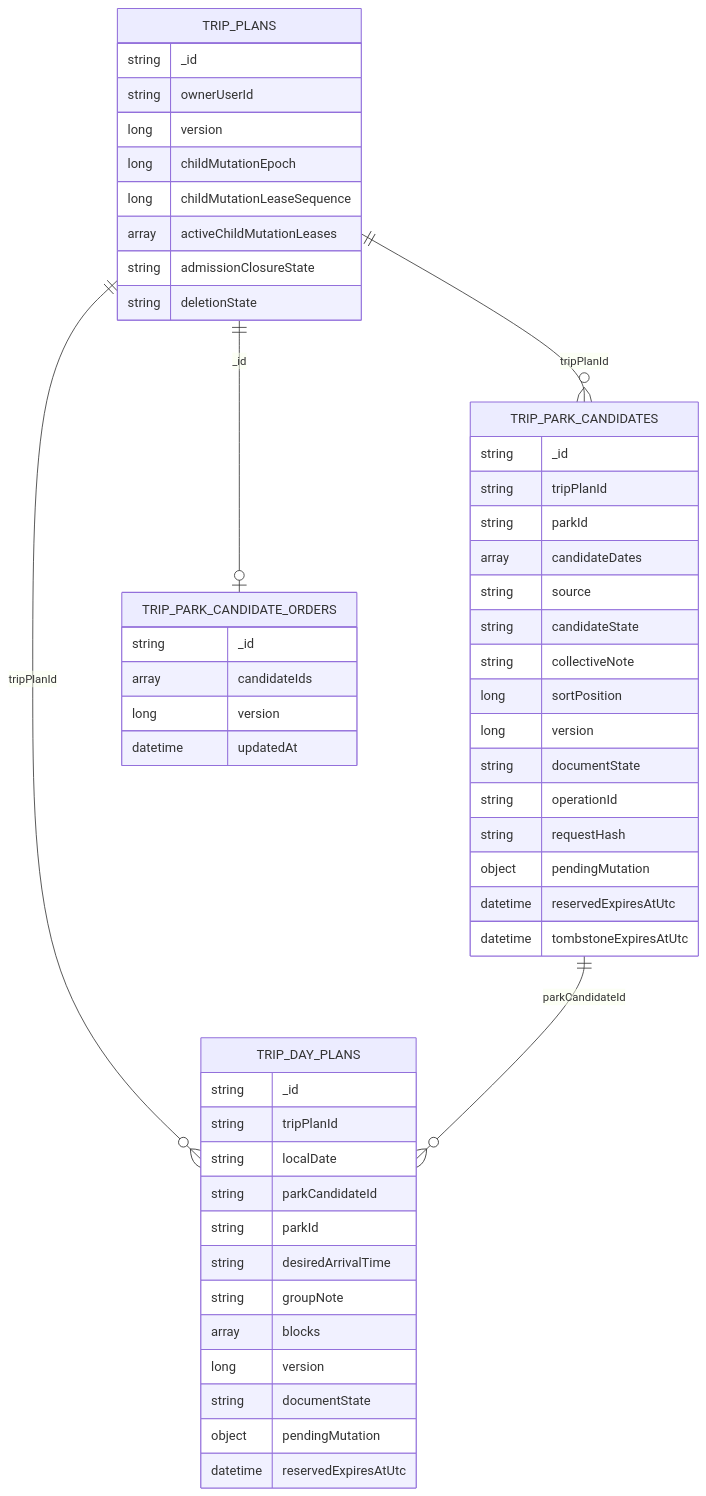
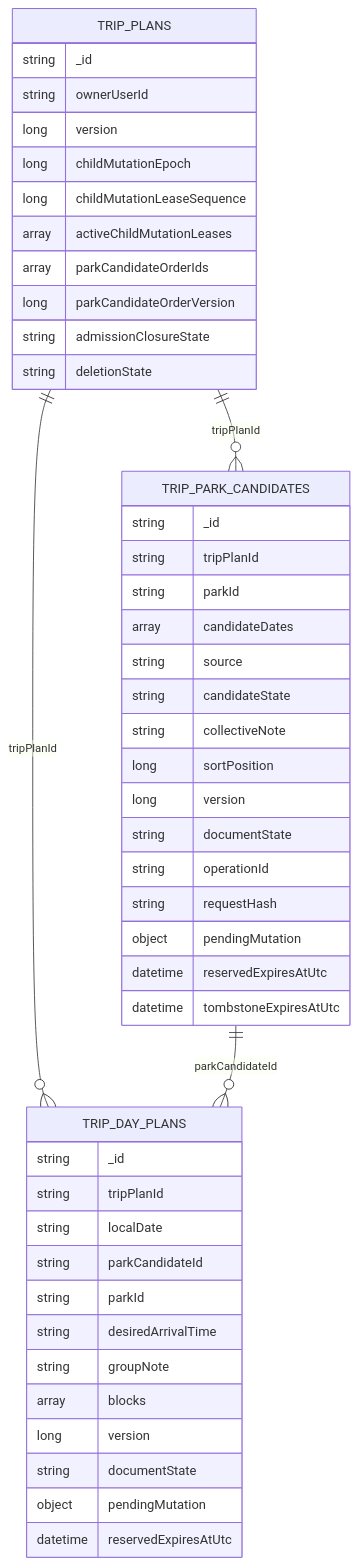
One commit to Ced59/AmusementParkProject changed the second of 4 diagrams in docs/architecture/product-growth-trip-03-candidates-days-2026-09-17.md. Above: the diagram before and after it, drawn with Mermaid. The commit also changed other lines of this file and 13 other files, not shown here.

````diff
--- a/docs/architecture/product-growth-trip-03-candidates-days-2026-09-17.md
+++ b/docs/architecture/product-growth-trip-03-candidates-days-2026-09-17.md
@@ -93,55 +93,50 @@
 ```mermaid
 erDiagram
     TRIP_PLANS ||--o{ TRIP_PARK_CANDIDATES : tripPlanId
-    TRIP_PLANS ||--o| TRIP_PARK_CANDIDATE_ORDERS : _id
     TRIP_PLANS ||--o{ TRIP_DAY_PLANS : tripPlanId
     TRIP_PARK_CANDIDATES ||--o{ TRIP_DAY_PLANS : parkCandidateId
 
     TRIP_PLANS {
       string _id
       string ownerUserId
       long version
       long childMutationEpoch
       long childMutationLeaseSequence
       array activeChildMutationLeases
+      array parkCandidateOrderIds
+      long parkCandidateOrderVersion
       string admissionClosureState
       string deletionState
     }
     TRIP_PARK_CANDIDATES {
       string _id
       string tripPlanId
       string parkId
       array candidateDates
       string source
       string candidateState
       string collectiveNote
       long sortPosition
       long version
       string documentState
       string operationId
       string requestHash
       object pendingMutation
       datetime reservedExpiresAtUtc
       datetime tombstoneExpiresAtUtc
     }
-    TRIP_PARK_CANDIDATE_ORDERS {
-      string _id
-      array candidateIds
-      long version
-      datetime updatedAt
-    }
     TRIP_DAY_PLANS {
       string _id
       string tripPlanId
       string localDate
       string parkCandidateId
       string parkId
       string desiredArrivalTime
       string groupNote
       array blocks
       long version
       string documentState
       object pendingMutation
       datetime reservedExpiresAtUtc
     }
 ```
````
